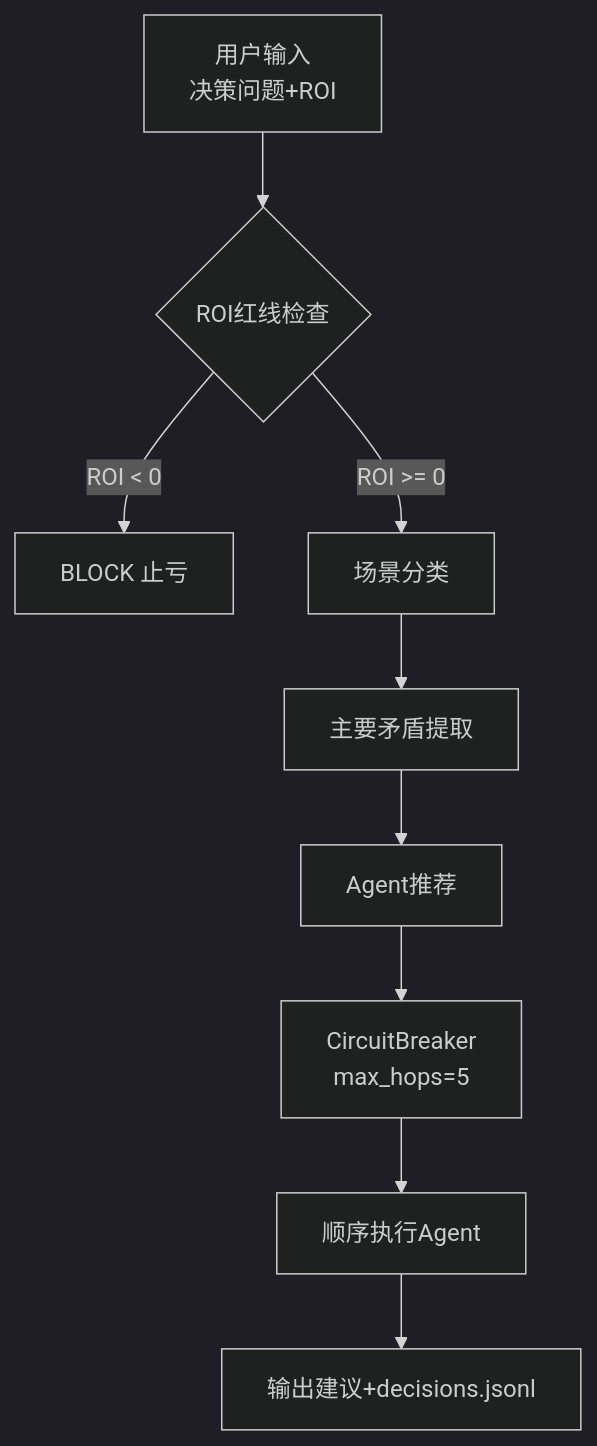
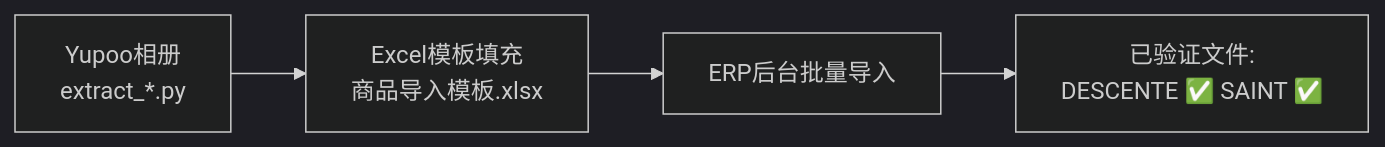
Before and after one commit to Kevin-hr/erp-yupoo-sync: the second of 2 diagrams in CLAUDE.md, drawn with Mermaid (dark theme). The commit also changed other lines of this file and 5 other files, not shown here.

````diff
--- a/CLAUDE.md
+++ b/CLAUDE.md
@@ -77,11 +76,6 @@
 ```mermaid
-flowchart TD
-    A["用户输入<br/>决策问题+ROI"] --> B{ROI红线检查}
-    B -->|ROI < 0| C[BLOCK 止亏]
-    B -->|ROI >= 0| D[场景分类]
-    D --> E[主要矛盾提取]
-    E --> F[Agent推荐]
-    F --> G[CircuitBreaker<br/>max_hops=5]
-    G --> H[顺序执行Agent]
-    H --> I[输出建议+decisions.jsonl]
+flowchart LR
+    A["Yupoo相册<br/>extract_*.py"] --> B[Excel模板填充<br/>商品导入模板.xlsx]
+    B --> C[ERP后台批量导入]
+    C --> D["已验证文件:<br/>DESCENTE ✅ SAINT ✅"]
 ```
````
